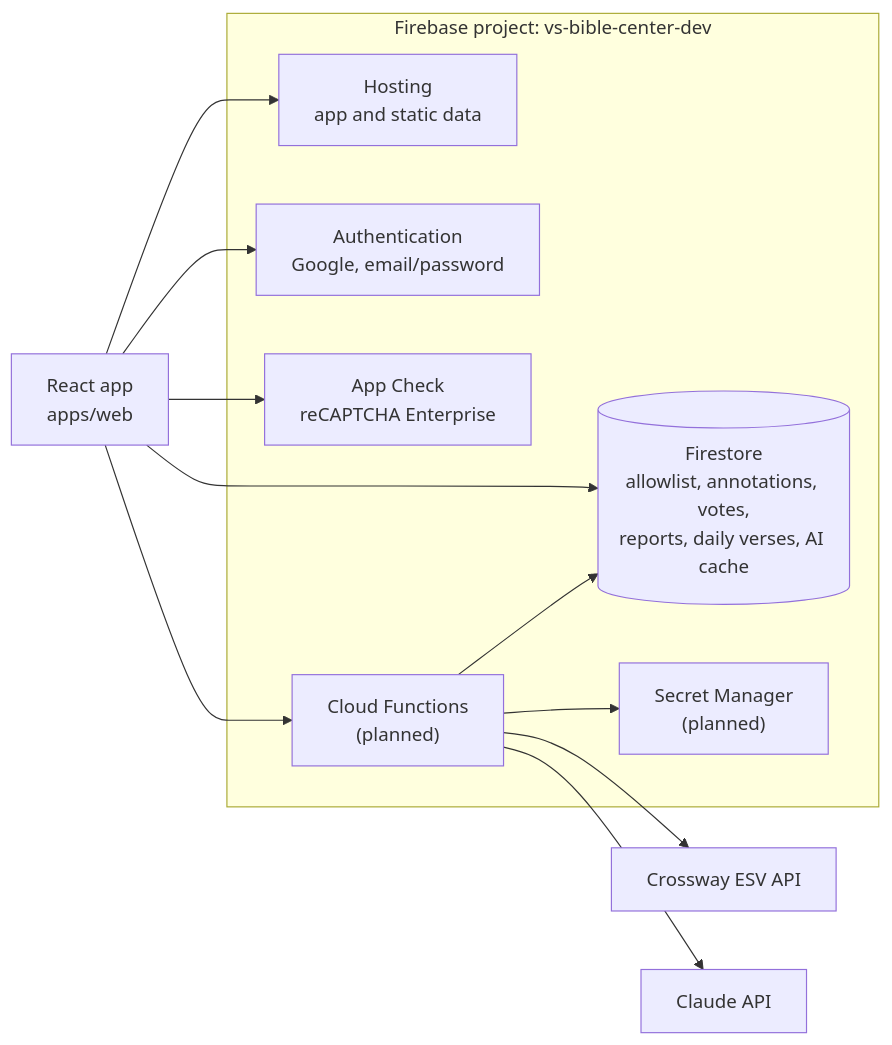
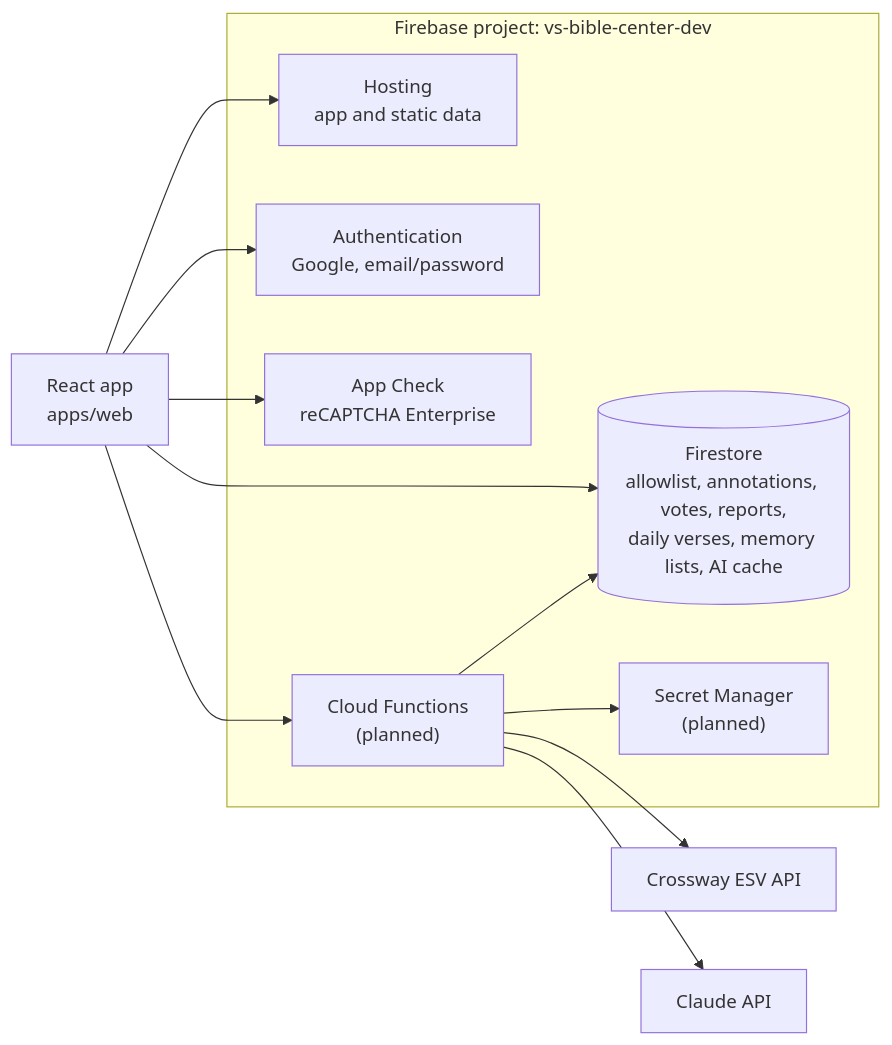
The first of 21 diagrams in ARCHITECTURE.md (Valiance-Studios/bible-center), drawn with Mermaid before and after one commit. The commit also changed other lines of this file and 30 other files, not shown here.

````diff
--- a/ARCHITECTURE.md
+++ b/ARCHITECTURE.md
@@ -146,26 +149,26 @@
 ```mermaid
 flowchart LR
   browser["React app<br/>apps/web"]
 
   subgraph firebase["Firebase project: vs-bible-center-dev"]
     hosting["Hosting<br/>app and static data"]
     auth["Authentication<br/>Google, email/password"]
-    firestore[("Firestore<br/>allowlist, annotations, votes,<br/>reports, daily verses, AI cache")]
+    firestore[("Firestore<br/>allowlist, annotations, votes, reports,<br/>daily verses, memory lists, AI cache")]
     appcheck["App Check<br/>reCAPTCHA Enterprise"]
     functions["Cloud Functions<br/>(planned)"]
     secrets["Secret Manager<br/>(planned)"]
   end
 
   esv["Crossway ESV API"]
   claude["Claude API"]
 
   browser --> hosting
   browser --> auth
   browser --> firestore
   browser --> appcheck
   browser --> functions
   functions --> secrets
   functions --> firestore
   functions --> esv
   functions --> claude
 ```
````
